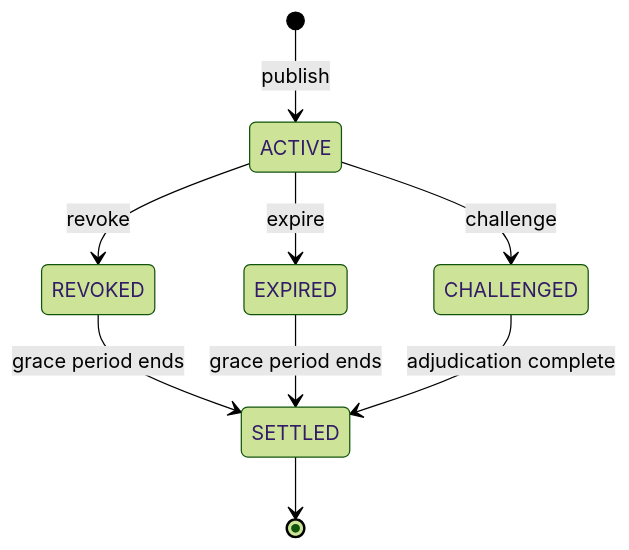
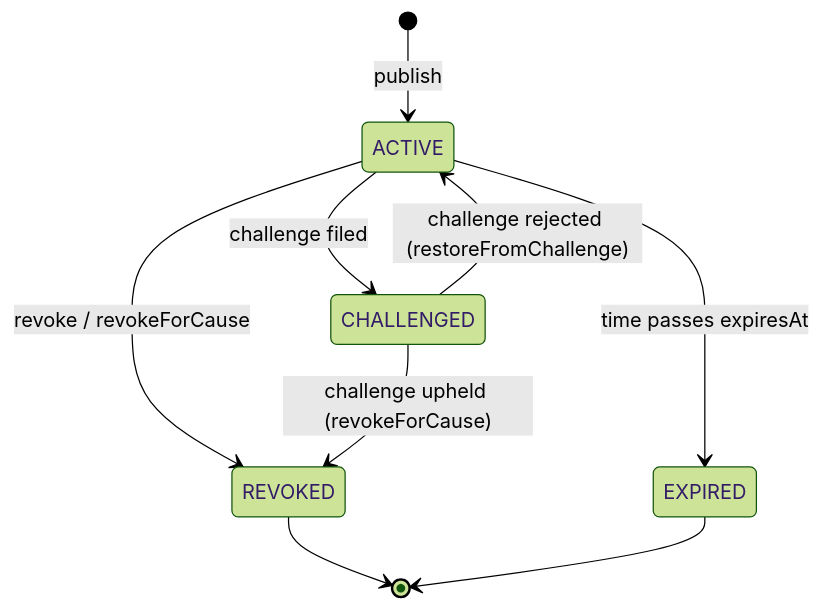
Before and after one commit to iamnotdou/ccp: the second of 2 diagrams in docs/content/docs/protocol/lifecycle.mdx, drawn with Mermaid (forest theme). The commit also changed other lines of this file, not shown here.

````diff
--- a/docs/content/docs/protocol/lifecycle.mdx
+++ b/docs/content/docs/protocol/lifecycle.mdx
@@ -142,11 +141,11 @@
 ```mermaid
 stateDiagram-v2
     [*] --> ACTIVE: publish
-    ACTIVE --> REVOKED: revoke
-    ACTIVE --> EXPIRED: expire
-    ACTIVE --> CHALLENGED: challenge
-    REVOKED --> SETTLED: grace period ends
-    EXPIRED --> SETTLED: grace period ends
-    CHALLENGED --> SETTLED: adjudication complete
-    SETTLED --> [*]
+    ACTIVE --> REVOKED: revoke / revokeForCause
+    ACTIVE --> EXPIRED: time passes expiresAt
+    ACTIVE --> CHALLENGED: challenge filed
+    CHALLENGED --> ACTIVE: challenge rejected (restoreFromChallenge)
+    CHALLENGED --> REVOKED: challenge upheld (revokeForCause)
+    REVOKED --> [*]
+    EXPIRED --> [*]
 ```
````
